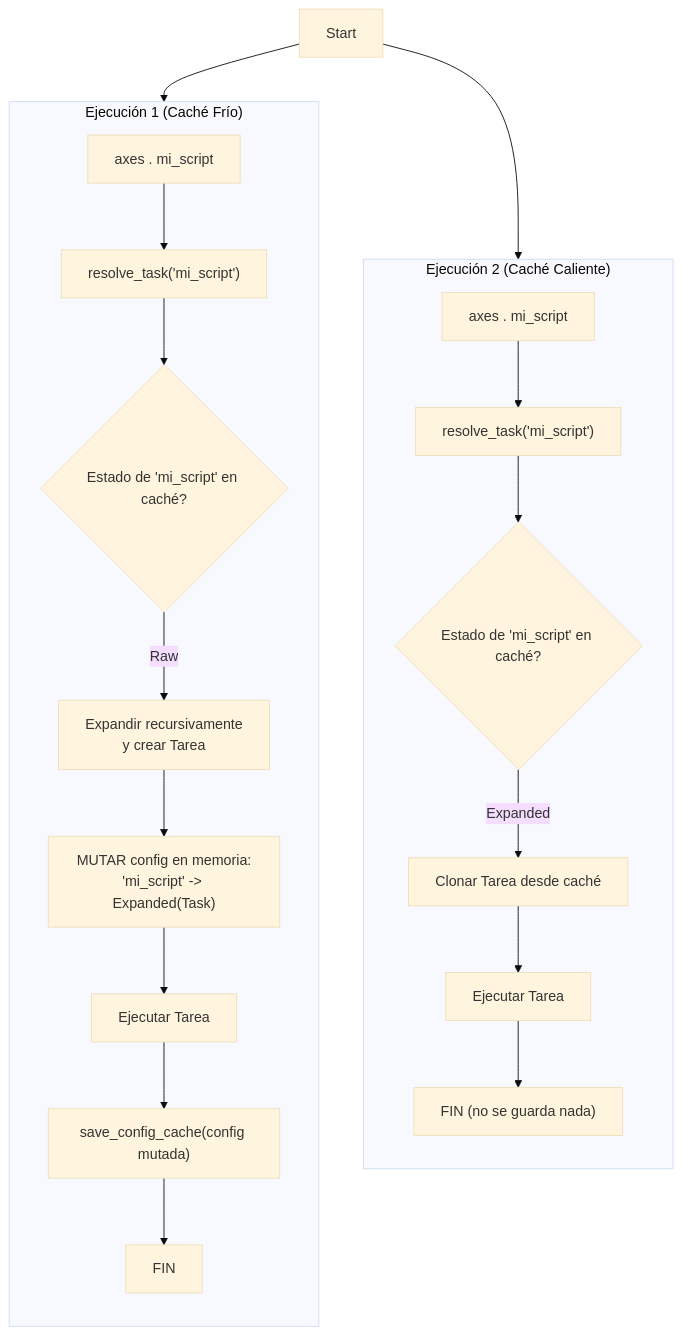
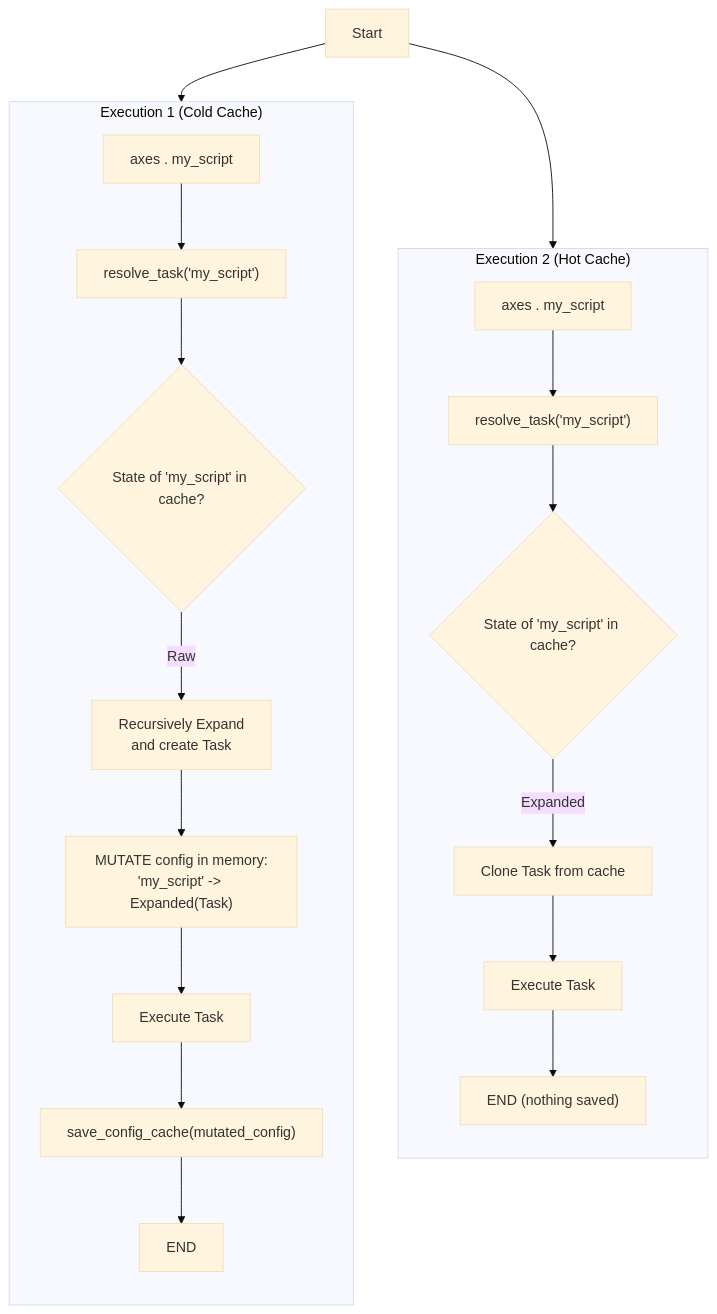
The third of 7 diagrams in TECNICAL.md (RetypeOS/axes), drawn with Mermaid (base theme) before and after one commit. The commit also changed other lines of this file and 14 other files, not shown here.

````diff
--- a/TECNICAL.md
+++ b/TECNICAL.md
@@ -159,23 +166,23 @@
     ```mermaid
     graph BR
     Start --> Sub1
     Start --> Sub2
 
-    subgraph Sub1["Ejecución 1 (Caché Frío)"]
-        A["axes . mi_script"] --> B["resolve_task('mi_script')"]
-        B --> C{"Estado de 'mi_script' en caché?"}
-        C -- "Raw" --> D["Expandir recursivamente<br>y crear Tarea"]
-        D --> E["MUTAR config en memoria:<br>'mi_script' -> Expanded(Task)"]
-        E --> F["Ejecutar Tarea"]
-        F --> G["save_config_cache(config mutada)"]
-        G --> H["FIN"]
+    subgraph Sub1["Execution 1 (Cold Cache)"]
+        A["axes . my_script"] --> B["resolve_task('my_script')"]
+        B --> C{"State of 'my_script' in cache?"}
+        C -- "Raw" --> D["Recursively Expand<br>and create Task"]
+        D --> E["MUTATE config in memory:<br>'my_script' -> Expanded(Task)"]
+        E --> F["Execute Task"]
+        F --> G["save_config_cache(mutated_config)"]
+        G --> H["END"]
     end
 
-    subgraph Sub2["Ejecución 2 (Caché Caliente)"]
-        A2["axes . mi_script"] --> B2["resolve_task('mi_script')"]
-        B2 --> C2{"Estado de 'mi_script' en caché?"}
-        C2 -- "Expanded" --> I["Clonar Tarea desde caché"]
-        I --> F2["Ejecutar Tarea"]
-        F2 --> H2["FIN (no se guarda nada)"]
+    subgraph Sub2["Execution 2 (Hot Cache)"]
+        A2["axes . my_script"] --> B2["resolve_task('my_script')"]
+        B2 --> C2{"State of 'my_script' in cache?"}
+        C2 -- "Expanded" --> I["Clone Task from cache"]
+        I --> F2["Execute Task"]
+        F2 --> H2["END (nothing saved)"]
     end
     ```
````
